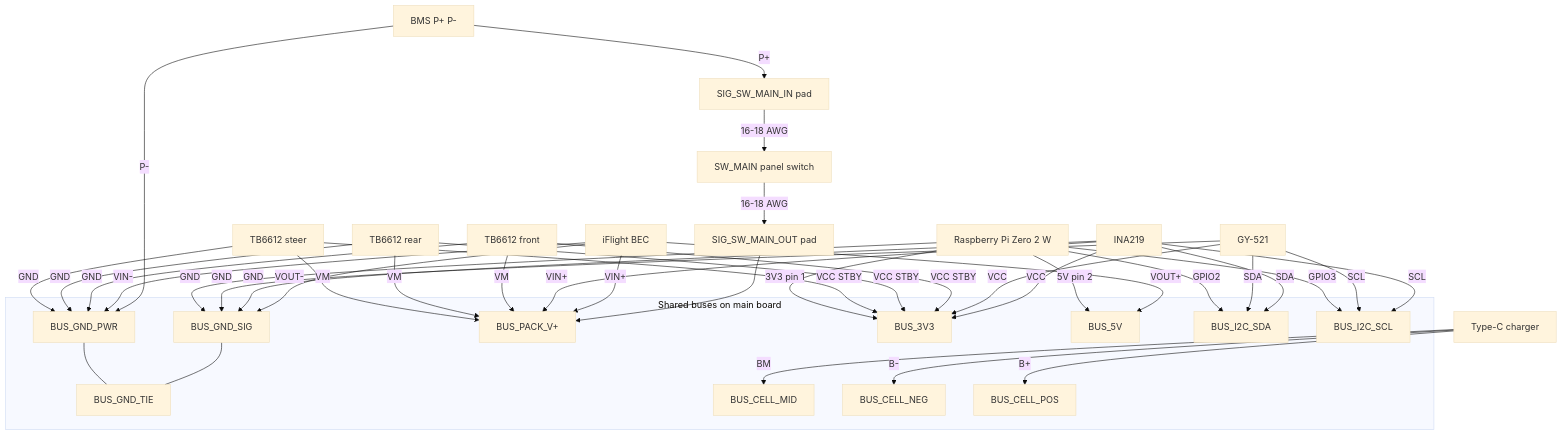
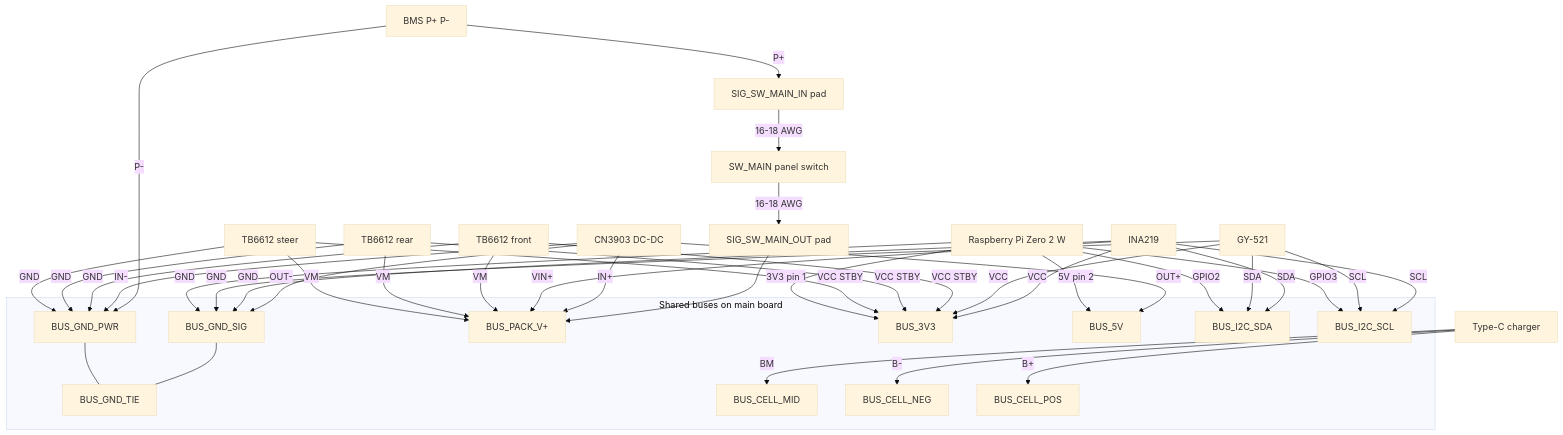
Before and after one commit to Aspience/fpv-rover: the third of 9 diagrams in SCHEMA.md, drawn with Mermaid (base theme). The commit also changed other lines of this file, not shown here.

Commit message:
Replace iFlight to CN3903

````diff
--- a/SCHEMA.md
+++ b/SCHEMA.md
@@ -125,73 +125,73 @@
 ```mermaid
 flowchart TB
   subgraph buses [Shared buses on main board]
     GND_SIG[BUS_GND_SIG]
     GND_PWR[BUS_GND_PWR]
     GND_TIE[BUS_GND_TIE]
     BUS_PACK[BUS_PACK_V+]
     BUS_3V3[BUS_3V3]
     BUS_5V[BUS_5V]
     BUS_SDA[BUS_I2C_SDA]
     BUS_SCL[BUS_I2C_SCL]
     BUS_MID[BUS_CELL_MID]
     BUS_CNEG[BUS_CELL_NEG]
     BUS_CPOS[BUS_CELL_POS]
   end
 
   BMS[BMS P+ P-]
   SW_IN[SIG_SW_MAIN_IN pad]
   SW[SW_MAIN panel switch]
   SW_OUT[SIG_SW_MAIN_OUT pad]
-  BEC[iFlight BEC]
+  BEC[CN3903 DC-DC]
   INA[INA219]
   IMU[GY-521]
   DRV1[TB6612 front]
   DRV2[TB6612 rear]
   DRV3[TB6612 steer]
   CHG[Type-C charger]
   PI[Raspberry Pi Zero 2 W]
 
   GND_SIG --- GND_TIE
   GND_PWR --- GND_TIE
 
   BMS -->|P+| SW_IN
   SW_IN -->|16-18 AWG| SW
   SW -->|16-18 AWG| SW_OUT
   SW_OUT --> BUS_PACK
   BMS -->|P-| GND_PWR
-  BEC -->|VIN+| BUS_PACK
-  BEC -->|VIN-| GND_PWR
-  BEC -->|VOUT+| BUS_5V
-  BEC -->|VOUT-| GND_SIG
+  BEC -->|IN+| BUS_PACK
+  BEC -->|IN-| GND_PWR
+  BEC -->|OUT+| BUS_5V
+  BEC -->|OUT-| GND_SIG
 
   INA -->|VCC| BUS_3V3
   INA -->|GND| GND_SIG
   INA -->|VIN+| BUS_PACK
   INA -->|SDA| BUS_SDA
   INA -->|SCL| BUS_SCL
 
   IMU -->|VCC| BUS_3V3
   IMU -->|GND| GND_SIG
   IMU -->|SDA| BUS_SDA
   IMU -->|SCL| BUS_SCL
 
   DRV1 -->|VM| BUS_PACK
   DRV1 -->|VCC STBY| BUS_3V3
   DRV1 -->|GND| GND_PWR
   DRV2 -->|VM| BUS_PACK
   DRV2 -->|VCC STBY| BUS_3V3
   DRV2 -->|GND| GND_PWR
   DRV3 -->|VM| BUS_PACK
   DRV3 -->|VCC STBY| BUS_3V3
   DRV3 -->|GND| GND_PWR
 
   CHG -->|B-| BUS_CNEG
   CHG -->|BM| BUS_MID
   CHG -->|B+| BUS_CPOS
 
   PI -->|3V3 pin 1| BUS_3V3
   PI -->|5V pin 2| BUS_5V
   PI -->|GND| GND_SIG
   PI -->|GPIO2| BUS_SDA
   PI -->|GPIO3| BUS_SCL
 ```
````
